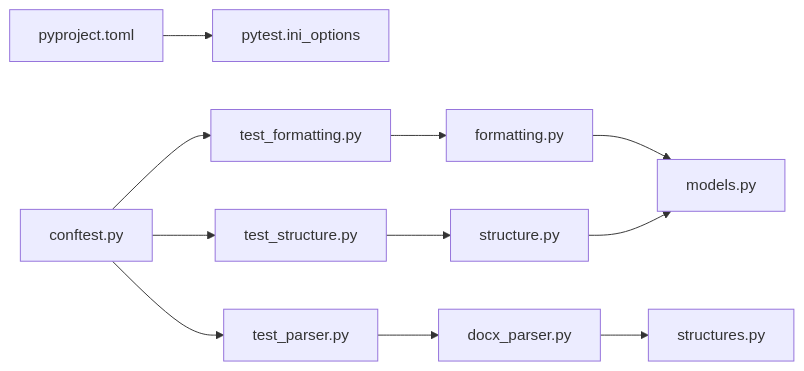
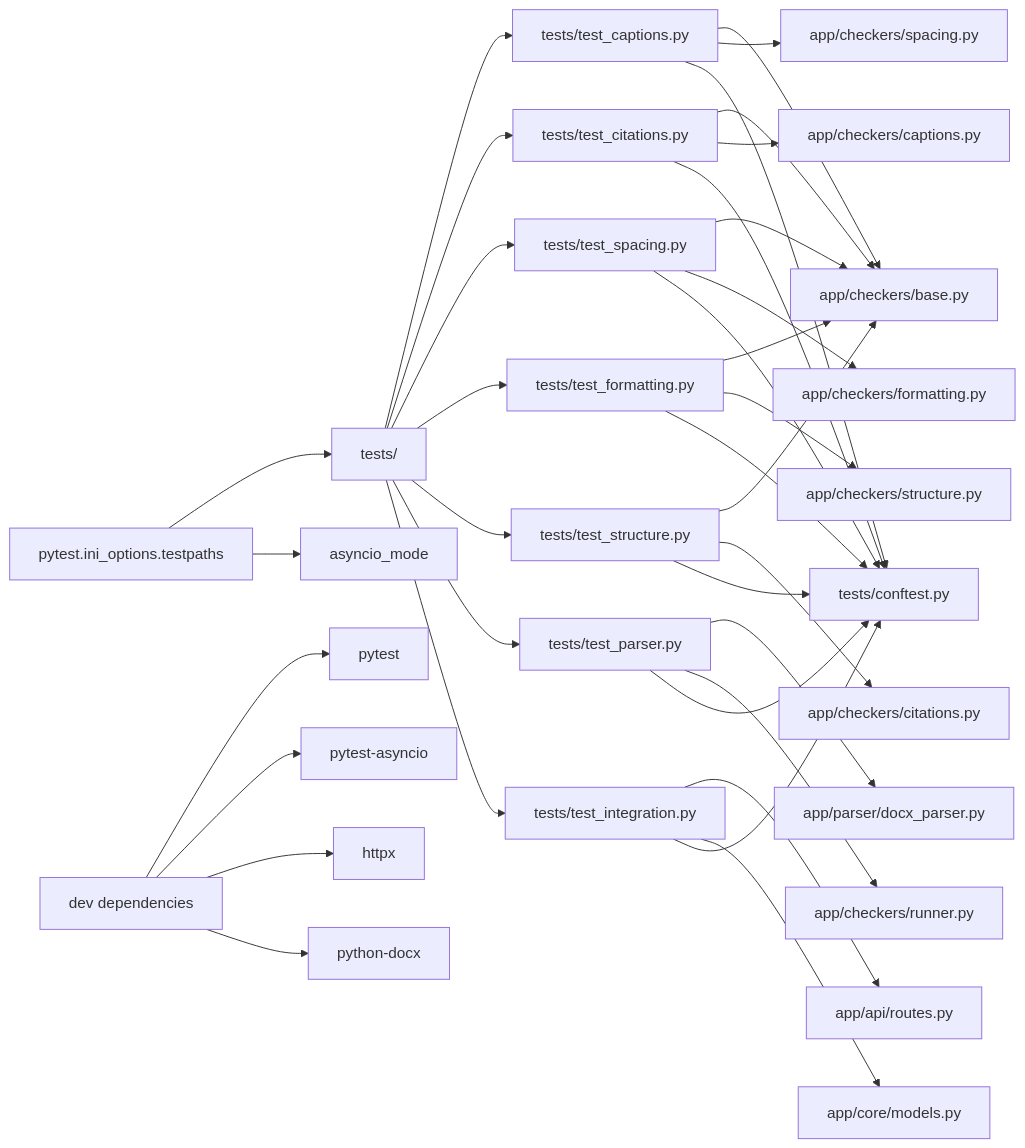
One commit to geekeraman/dissertation-checker changed the sixth of 6 diagrams in .qoder/repowiki/en/content/Testing Strategy.md. Above: the diagram before and after it, drawn with Mermaid. The commit also changed other lines of this file and 88 other files, not shown here.

Commit message:
feat: enhance all checkers with GOST 7.32-2017 requirements — heading centering, paragraph indent, page breaks, Kazakh caption format, citation consistency, abstract word count, fix parser bugs (Twips, false sections)

````diff
--- a/.qoder/repowiki/en/content/Testing Strategy.md
+++ b/.qoder/repowiki/en/content/Testing Strategy.md
@@ -319,13 +569,37 @@
 ```mermaid
 graph LR
-PY["pyproject.toml"] --> PT["pytest.ini_options"]
-CF["conftest.py"] --> TF["test_formatting.py"]
-CF --> TS["test_structure.py"]
-CF --> TP["test_parser.py"]
-TF --> FMT["formatting.py"]
-TS --> STR["structure.py"]
-TP --> DP["docx_parser.py"]
-FMT --> MD["models.py"]
-STR --> MD
-DP --> ST["structures.py"]
+PY["pytest.ini_options.testpaths"] --> T["tests/"]
+PY --> A["asyncio_mode"]
+DEV["dev dependencies"] --> P["pytest"]
+DEV --> PA["pytest-asyncio"]
+DEV --> H["httpx"]
+DEV --> D["python-docx"]
+T --> C1["tests/test_captions.py"]
+T --> C2["tests/test_citations.py"]
+T --> C3["tests/test_spacing.py"]
+T --> C4["tests/test_formatting.py"]
+T --> C5["tests/test_structure.py"]
+T --> C6["tests/test_parser.py"]
+T --> C7["tests/test_integration.py"]
+C1 --> B1["app/checkers/base.py"]
+C2 --> B1
+C3 --> B1
+C4 --> B1
+C5 --> B1
+C6 --> DP["app/parser/docx_parser.py"]
+C7 --> R1["app/api/routes.py"]
+C1 --> S1["app/checkers/spacing.py"]
+C2 --> S2["app/checkers/captions.py"]
+C3 --> S3["app/checkers/formatting.py"]
+C4 --> S4["app/checkers/structure.py"]
+C5 --> S5["app/checkers/citations.py"]
+C6 --> S6["app/checkers/runner.py"]
+C7 --> S7["app/core/models.py"]
+C1 --> F["tests/conftest.py"]
+C2 --> F
+C3 --> F
+C4 --> F
+C5 --> F
+C6 --> F
+C7 --> F
 ```
````
